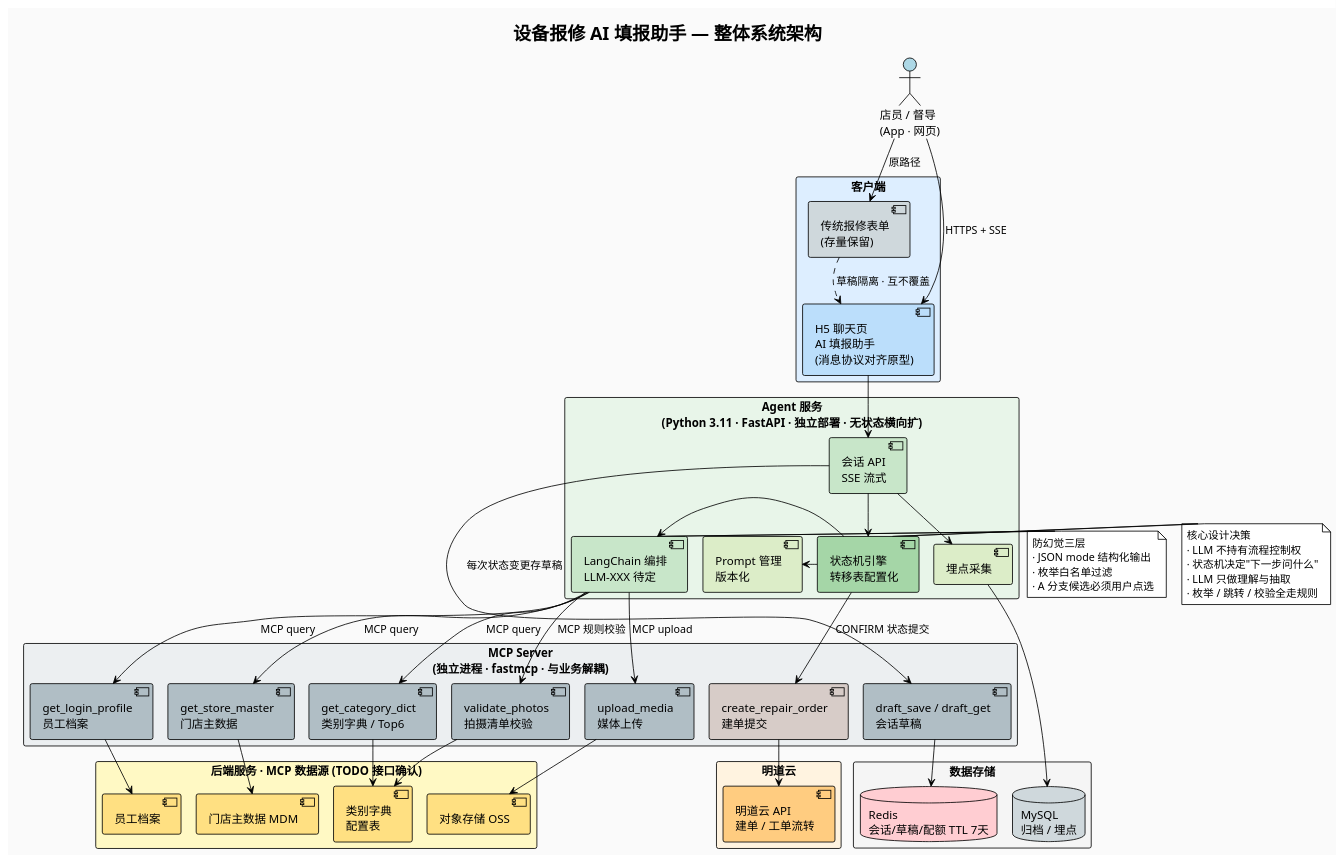
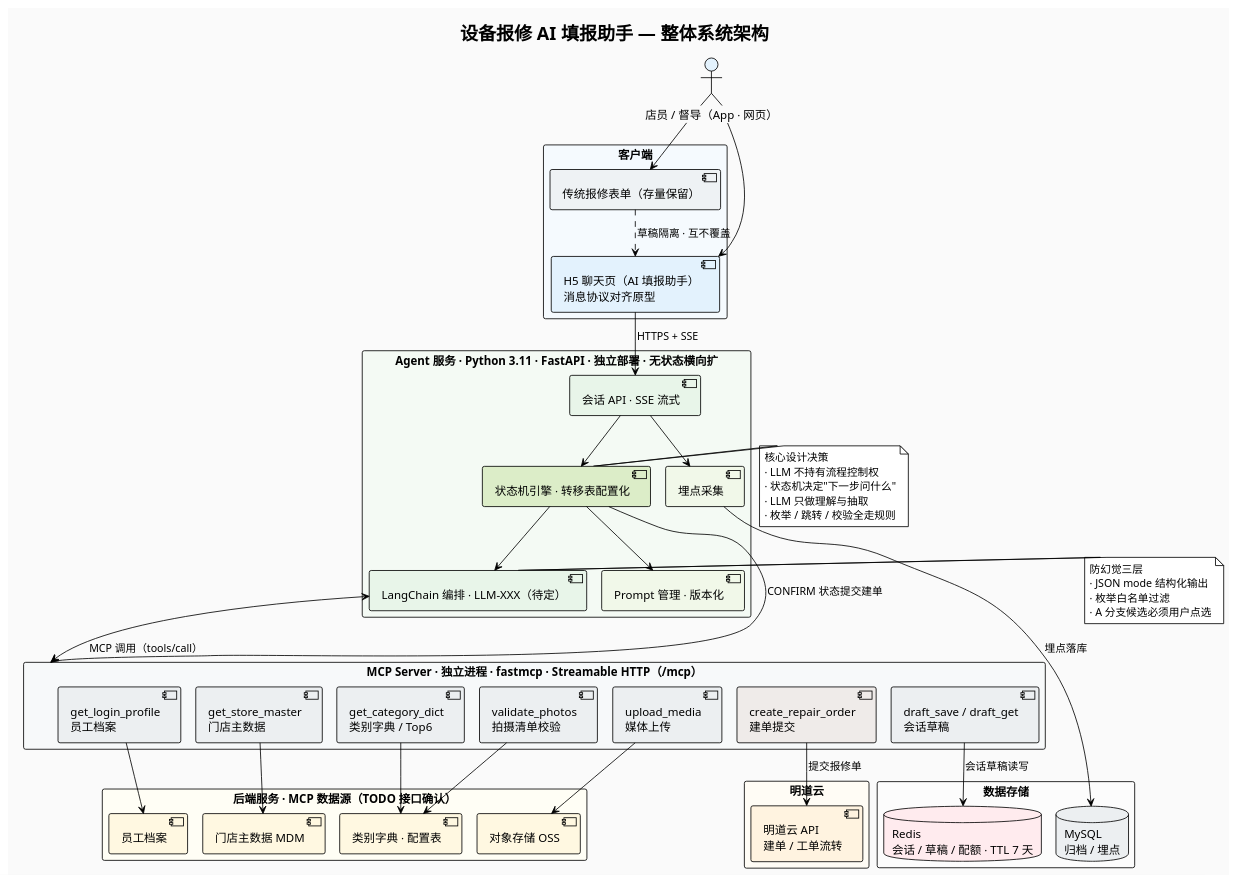
One commit to bai876939716/my_doc changed the diagram in src/main/hotmaxx/需求点/输入优化/diagrams/01-系统架构图.puml. Above: the diagram before and after it, drawn with PlantUML. The commit also changed 12 other files, not shown here.

```diff
--- a/src/main/hotmaxx/需求点/输入优化/diagrams/01-系统架构图.puml
+++ b/src/main/hotmaxx/需求点/输入优化/diagrams/01-系统架构图.puml
@@ -1,100 +1,87 @@
 @startuml 设备报修AI填报-整体系统架构
 !pragma layout smetana
 !theme plain
 skinparam backgroundColor #FAFAFA
 skinparam defaultFontName "PingFang SC,Microsoft YaHei,Arial"
 
 title 设备报修 AI 填报助手 — 整体系统架构
 
-' ========== 用户 ==========
-actor "店员 / 督导\n(App · 网页)" as User #LightBlue
+actor "店员 / 督导（App · 网页）" as User #E3F2FD
 
-' ========== 客户端层 ==========
-rectangle "客户端" #DDEEFF {
-  component "H5 聊天页\nAI 填报助手\n(消息协议对齐原型)" as H5 #BBDEFB
-  component "传统报修表单\n(存量保留)" as OLD #CFD8DC
+rectangle "客户端" #F5FAFE {
+  component "H5 聊天页（AI 填报助手）\n消息协议对齐原型" as H5 #E3F2FD
+  component "传统报修表单（存量保留）" as OLD #EEF2F4
 }
 
-' ========== Agent 服务层 ==========
-rectangle "Agent 服务\n(Python 3.11 · FastAPI · 独立部署 · 无状态横向扩)" #E8F5E9 {
-  component "会话 API\nSSE 流式" as API #C8E6C9
-  component "状态机引擎\n转移表配置化" as SM #A5D6A7
-  component "LangChain 编排\nLLM-XXX 待定" as LC #C8E6C9
-  component "Prompt 管理\n版本化" as PM #DCEDC8
-  component "埋点采集" as TR #DCEDC8
+rectangle "Agent 服务 · Python 3.11 · FastAPI · 独立部署 · 无状态横向扩" #F4FAF4 {
+  component "会话 API · SSE 流式" as API #E8F5E9
+  component "状态机引擎 · 转移表配置化" as SM #DCEDC8
+  component "LangChain 编排 · LLM-XXX（待定）" as LC #E8F5E9
+  component "Prompt 管理 · 版本化" as PM #F1F8E9
+  component "埋点采集" as TR #F1F8E9
 }
 
-' ========== MCP 工具层 ==========
-rectangle "MCP Server\n(独立进程 · fastmcp · 与业务解耦)" #ECEFF1 {
-  component "get_login_profile\n员工档案" as T1 #B0BEC5
-  component "get_store_master\n门店主数据" as T2 #B0BEC5
-  component "get_category_dict\n类别字典 / Top6" as T3 #B0BEC5
-  component "validate_photos\n拍摄清单校验" as T4 #B0BEC5
-  component "upload_media\n媒体上传" as T5 #B0BEC5
-  component "create_repair_order\n建单提交" as T6 #D7CCC8
-  component "draft_save / draft_get\n会话草稿" as T7 #B0BEC5
+rectangle "MCP Server · 独立进程 · fastmcp · Streamable HTTP（/mcp）" as MCPG #F7F9FA {
+  component "get_login_profile\n员工档案" as T1 #ECEFF1
+  component "get_store_master\n门店主数据" as T2 #ECEFF1
+  component "get_category_dict\n类别字典 / Top6" as T3 #ECEFF1
+  component "validate_photos\n拍摄清单校验" as T4 #ECEFF1
+  component "upload_media\n媒体上传" as T5 #ECEFF1
+  component "create_repair_order\n建单提交" as T6 #EFEBE9
+  component "draft_save / draft_get\n会话草稿" as T7 #ECEFF1
 }
 
-' ========== 存储层 ==========
-rectangle "数据存储" #F5F5F5 {
-  database "Redis\n会话/草稿/配额 TTL 7天" as RD #FFCDD2
-  database "MySQL\n归档 / 埋点" as MY #CFD8DC
+rectangle "数据存储" #FCFCFC {
+  database "Redis\n会话 / 草稿 / 配额 · TTL 7 天" as RD #FFEBEE
+  database "MySQL\n归档 / 埋点" as MY #ECEFF1
 }
 
-' ========== 后端服务层（MCP 数据源） ==========
-rectangle "后端服务 · MCP 数据源 (TODO 接口确认)" #FFF9C4 {
-  component "员工档案" as HR #FFE082
-  component "门店主数据 MDM" as MDM #FFE082
-  component "类别字典\n配置表" as DICT #FFE082
-  component "对象存储 OSS" as OSS #FFE082
+rectangle "后端服务 · MCP 数据源（TODO 接口确认）" #FFFEF5 {
+  component "员工档案" as HR #FFF8E1
+  component "门店主数据 MDM" as MDM #FFF8E1
+  component "类别字典 · 配置表" as DICT #FFF8E1
+  component "对象存储 OSS" as OSS #FFF8E1
 }
 
-' ========== 明道云 ==========
-rectangle "明道云" #FFF3E0 {
-  component "明道云 API\n建单 / 工单流转" as MDY #FFCC80
+rectangle "明道云" #FFFCF5 {
+  component "明道云 API\n建单 / 工单流转" as MDY #FFF3E0
 }
 
-' ========== 关系连线 ==========
-User -down-> H5 : HTTPS + SSE
-User -down-> OLD : 原路径
+User -down-> H5
+User -down-> OLD
 OLD ..> H5 : 草稿隔离 · 互不覆盖
 
-H5 -down-> API
-API -down-> SM
-API -down-> TR
-SM -right-> LC
-SM -left-> PM
+H5 -down-> API : HTTPS + SSE
+API --> SM
+SM --> LC
+SM --> PM
+API --> TR
 
-LC -down-> T1 : MCP query
-LC -down-> T2 : MCP query
-LC -down-> T3 : MCP query
-LC -down-> T4 : MCP 规则校验
-LC -down-> T5 : MCP upload
-SM -down-> T6 : CONFIRM 状态提交
-API -down-> T7 : 每次状态变更存草稿
+LC <--> MCPG : MCP 调用（tools/call）
+SM --> MCPG : CONFIRM 状态提交建单
 
-T1 -down-> HR
-T2 -down-> MDM
-T3 -down-> DICT
-T4 -down-> DICT
-T5 -down-> OSS
-T6 -down-> MDY
-T7 -down-> RD
-TR -down-> MY
+T1 --> HR
+T2 --> MDM
+T3 --> DICT
+T4 --> DICT
+T5 --> OSS
+T6 --> MDY : 提交报修单
+T7 --> RD : 会话草稿读写
+TR --> MY : 埋点落库
 
 note right of SM
   核心设计决策
   · LLM 不持有流程控制权
   · 状态机决定"下一步问什么"
   · LLM 只做理解与抽取
   · 枚举 / 跳转 / 校验全走规则
 end note
 
 note right of LC
   防幻觉三层
   · JSON mode 结构化输出
   · 枚举白名单过滤
   · A 分支候选必须用户点选
 end note
 
 @enduml
```
